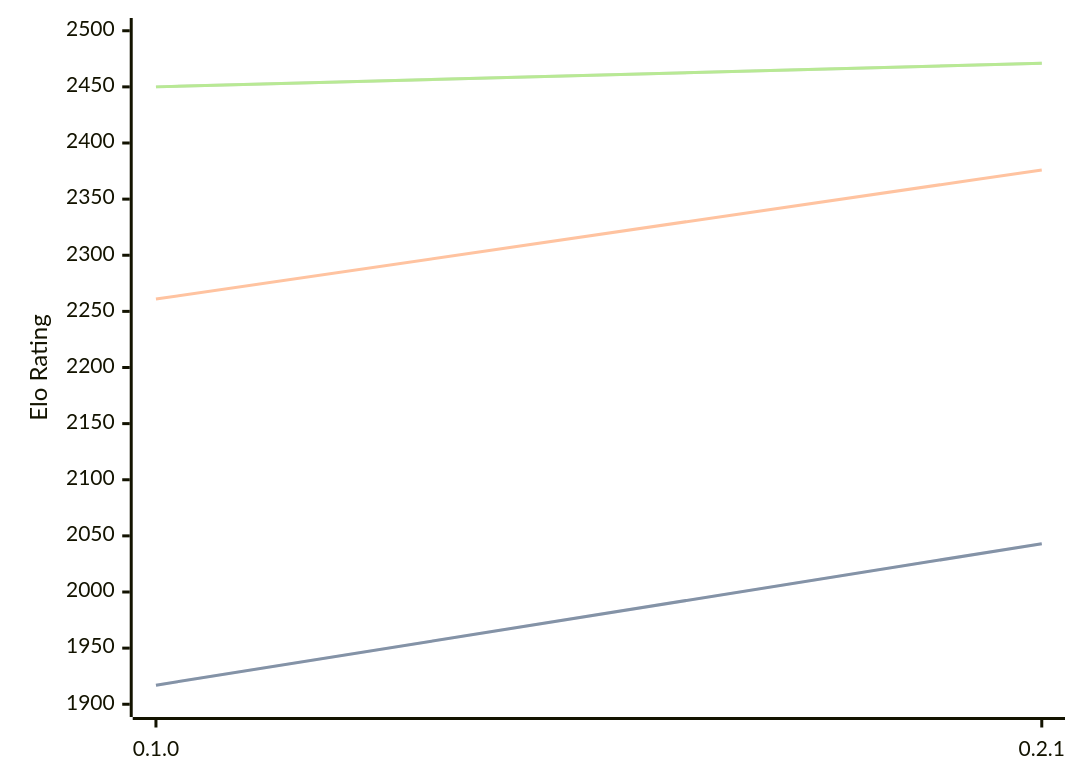
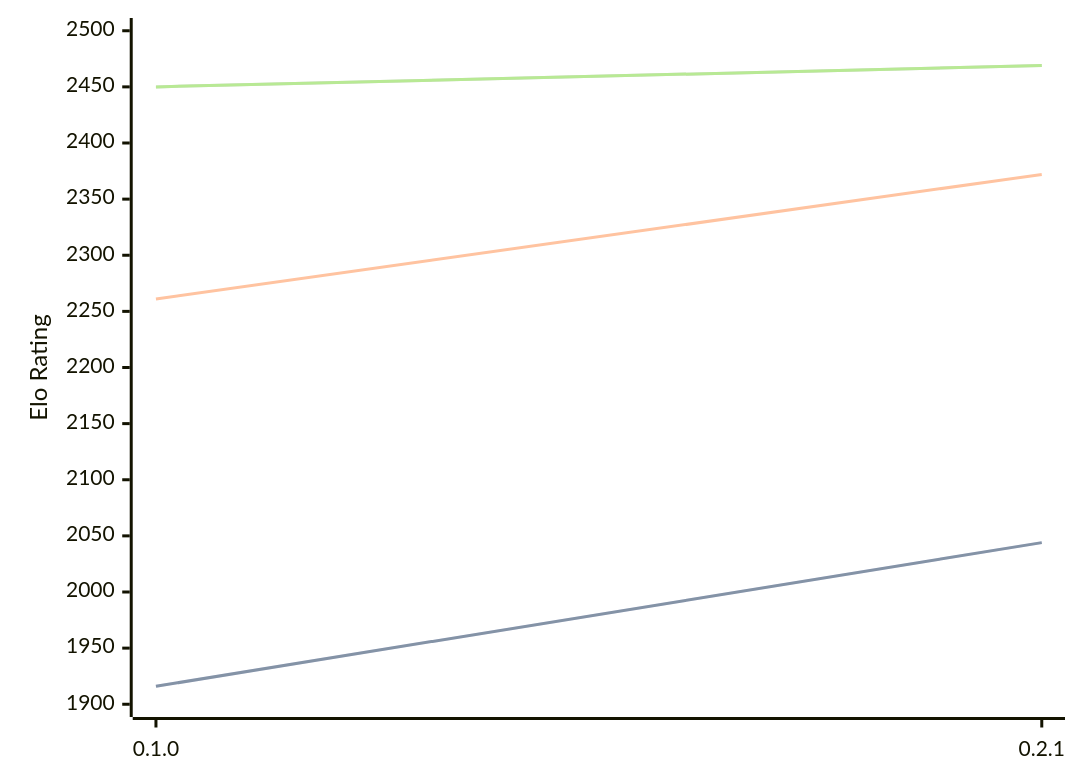
One commit to computer-chess-index/cci changed the diagram in engines/Sykora.md. Above: the diagram before and after it, drawn with Mermaid. The commit also changed other lines of this file, not shown here.

Commit message:
Update CCI Ratings (ELO VLTC) - 2026-04-17

````diff
--- a/engines/Sykora.md
+++ b/engines/Sykora.md
@@ -33,11 +33,11 @@
 ```mermaid
 %%{init: {"theme":"base","themeVariables":{"seriesColors:['#a3a3a3','#222221','#faa371']}}}%%
 xychart-beta
   x-axis ["0.1.0", "0.2.1"]
   y-axis "Elo Rating" 1900 --> 2500
-  line "STC (8.0+0.08s)" [1917, 2043]
-  line "STC (8.0+0.08s)" [1917, 2043]
-  line "LTC (60.0+0.60s)" [2261, 2376]
-  line "VLTC (2m24s+1.12s)" [2450, 2471]
-  line "VLTC (2m24s+1.12s)" [2450, 2471]
+  line "STC (8.0+0.08s)" [1916, 2044]
+  line "STC (8.0+0.08s)" [1916, 2044]
+  line "LTC (60.0+0.60s)" [2261, 2372]
+  line "VLTC (2m24s+1.12s)" [2450, 2469]
+  line "VLTC (2m24s+1.12s)" [2450, 2469]
 ```
````
